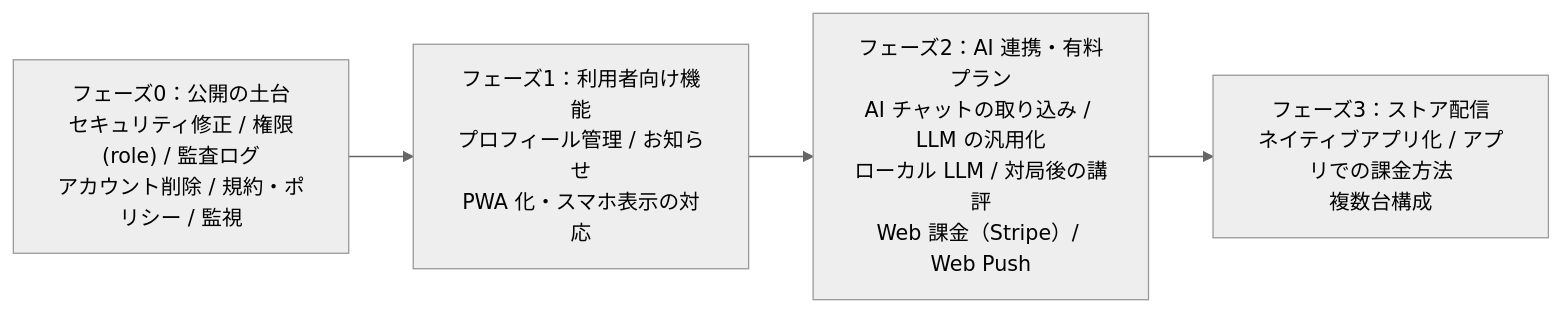
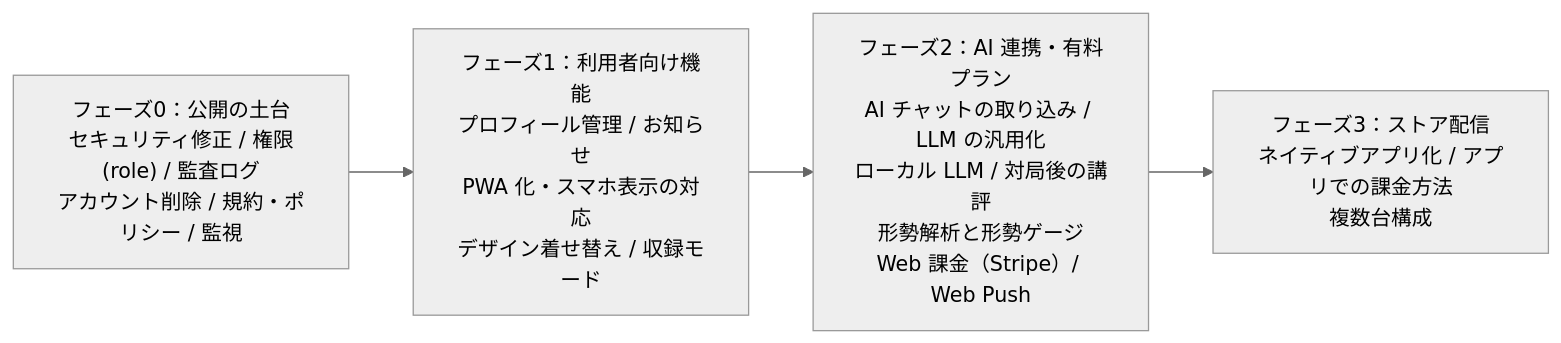
Before and after one commit to fsugano/igo-server: the first of 5 diagrams in docs/technical-requirements.md, drawn with Mermaid (neutral theme). The commit also changed other lines of this file and 1 other file, not shown here.

First line of the commit message:
docs: 動画収録向けの表示（収録モード・着せ替え・形勢ゲージ）の仕様を追加

````diff
--- a/docs/technical-requirements.md
+++ b/docs/technical-requirements.md
@@ -283,8 +285,8 @@
 ```mermaid
 flowchart LR
   P0["フェーズ0：公開の土台<br/>セキュリティ修正 / 権限(role) / 監査ログ<br/>アカウント削除 / 規約・ポリシー / 監視"]
-  P1["フェーズ1：利用者向け機能<br/>プロフィール管理 / お知らせ<br/>PWA 化・スマホ表示の対応"]
-  P2["フェーズ2：AI 連携・有料プラン<br/>AI チャットの取り込み / LLM の汎用化<br/>ローカル LLM / 対局後の講評<br/>Web 課金（Stripe）/ Web Push"]
+  P1["フェーズ1：利用者向け機能<br/>プロフィール管理 / お知らせ<br/>PWA 化・スマホ表示の対応<br/>デザイン着せ替え / 収録モード"]
+  P2["フェーズ2：AI 連携・有料プラン<br/>AI チャットの取り込み / LLM の汎用化<br/>ローカル LLM / 対局後の講評<br/>形勢解析と形勢ゲージ<br/>Web 課金（Stripe）/ Web Push"]
   P3["フェーズ3：ストア配信<br/>ネイティブアプリ化 / アプリでの課金方法<br/>複数台構成"]
   P0 --> P1 --> P2 --> P3
 ```
````
